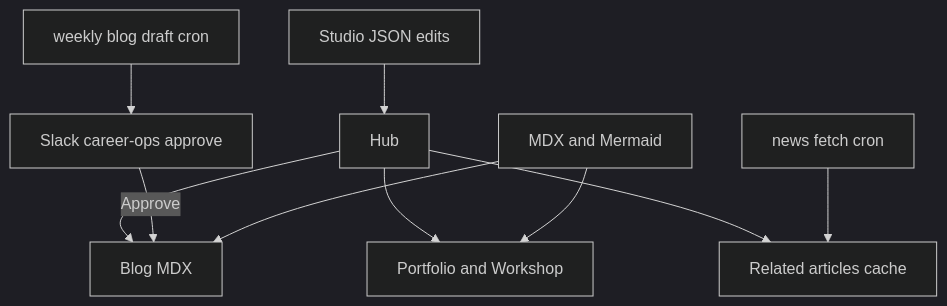
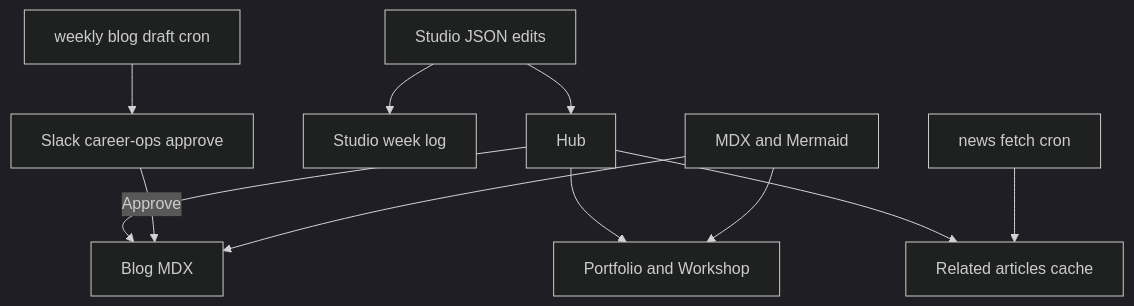
One commit to AlexTouvras/Orbit changed the diagram in docs/architecture/system-overview.md. Above: the diagram before and after it, drawn with Mermaid (dark theme). The commit also changed 58 other files, not shown here.

First line of the commit message:
Ship Studio week topic pages, Heimdall embeds, and GitHub Studio auth.

````diff
--- a/docs/architecture/system-overview.md
+++ b/docs/architecture/system-overview.md
@@ -3,12 +3,13 @@
 ```mermaid
 flowchart TB
   Hub[Hub] --> Blog[Blog MDX]
   Hub --> Portfolio[Portfolio and Workshop]
   Hub --> Feed[Related articles cache]
   Studio[Studio JSON edits] --> Hub
+  Studio --> WeekLog[Studio week log]
   Cron[news fetch cron] --> Feed
   Weekly[weekly blog draft cron] --> Slack[Slack career-ops approve]
   Slack -->|Approve| Blog
   MDX[MDX and Mermaid] --> Blog
   MDX --> Portfolio
 ```
````
